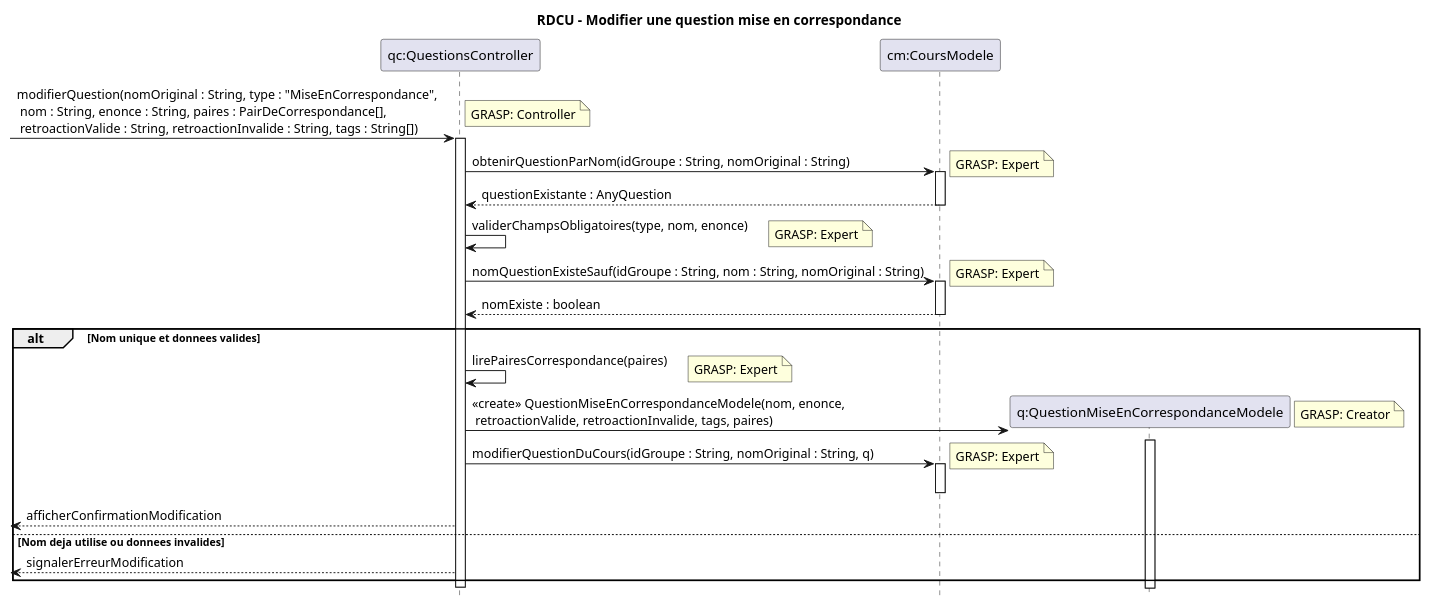
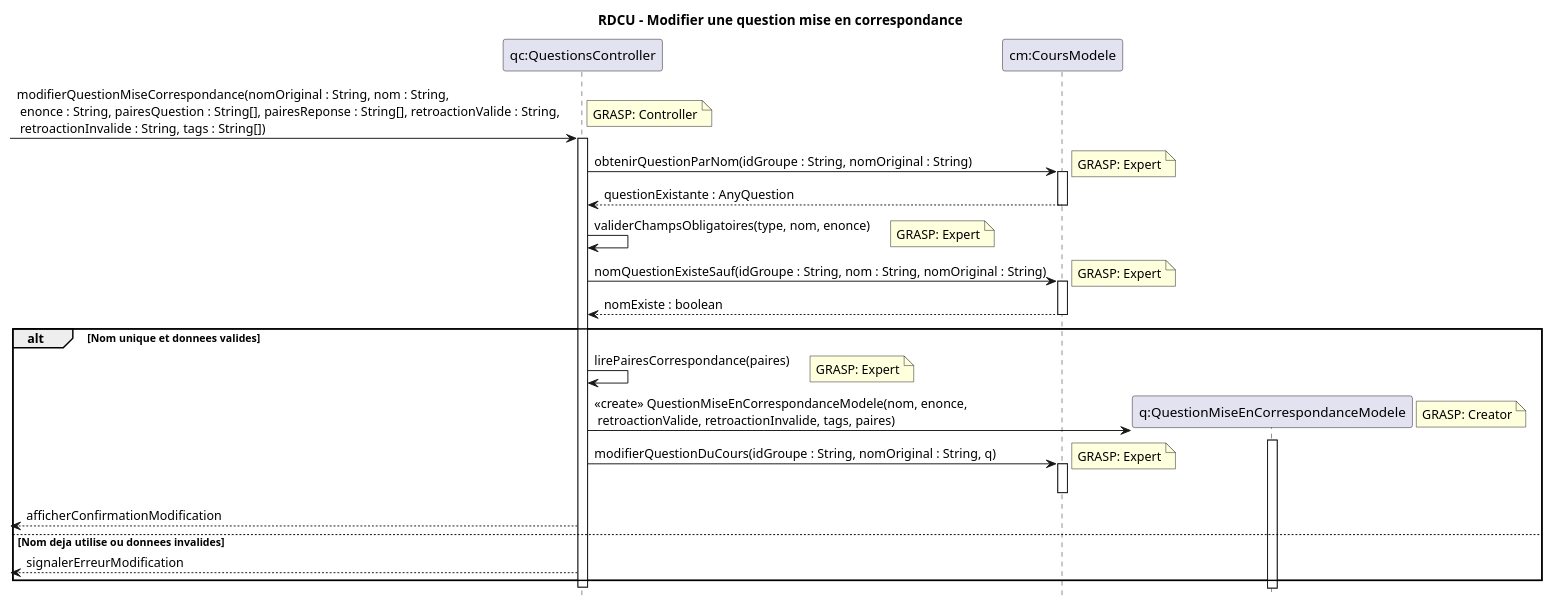
The diagram in docs/modeles/cu02/rdcu-modifier-question-mise-en-correspondance.puml (xMrYahya/moodle-clone), drawn with PlantUML before and after one commit. The commit also changed 9 other files, not shown here.

Commit message:
fix de diagrammes

```diff
--- a/docs/modeles/cu02/rdcu-modifier-question-mise-en-correspondance.puml
+++ b/docs/modeles/cu02/rdcu-modifier-question-mise-en-correspondance.puml
@@ -1,49 +1,49 @@
 @startuml
 hide footbox
 title RDCU - Modifier une question mise en correspondance
 
 participant "qc:QuestionsController" as QC
 participant "cm:CoursModele" as CM
 participant "q:QuestionMiseEnCorrespondanceModele" as Q
 
--> QC : modifierQuestion(nomOriginal : String, type : "MiseEnCorrespondance",\n nom : String, enonce : String, paires : PairDeCorrespondance[],\n retroactionValide : String, retroactionInvalide : String, tags : String[])
+-> QC : modifierQuestionMiseCorrespondance(nomOriginal : String, nom : String,\n enonce : String, pairesQuestion : String[], pairesReponse : String[], retroactionValide : String,\n retroactionInvalide : String, tags : String[])
 note right: GRASP: Controller
 activate QC
 
 QC -> CM : obtenirQuestionParNom(idGroupe : String, nomOriginal : String)
 note right: GRASP: Expert
 activate CM
 CM --> QC : questionExistante : AnyQuestion
 deactivate CM
 
 QC -> QC : validerChampsObligatoires(type, nom, enonce)
 note right: GRASP: Expert
 
 QC -> CM : nomQuestionExisteSauf(idGroupe : String, nom : String, nomOriginal : String)
 note right: GRASP: Expert
 activate CM
 CM --> QC : nomExiste : boolean
 deactivate CM
 
 alt Nom unique et donnees valides
   QC -> QC : lirePairesCorrespondance(paires)
   note right: GRASP: Expert
 
   create Q
   QC -> Q : <<create>> QuestionMiseEnCorrespondanceModele(nom, enonce,\n retroactionValide, retroactionInvalide, tags, paires)
   note right: GRASP: Creator
   activate Q
   deactivate Q
 
   QC -> CM : modifierQuestionDuCours(idGroupe : String, nomOriginal : String, q)
   note right: GRASP: Expert
   activate CM
   deactivate CM
 
   <-- QC : afficherConfirmationModification
 else Nom deja utilise ou donnees invalides
   <-- QC : signalerErreurModification
 end
 
 deactivate QC
 @enduml
```
